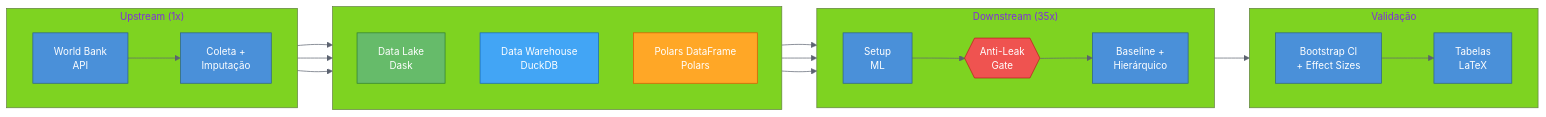
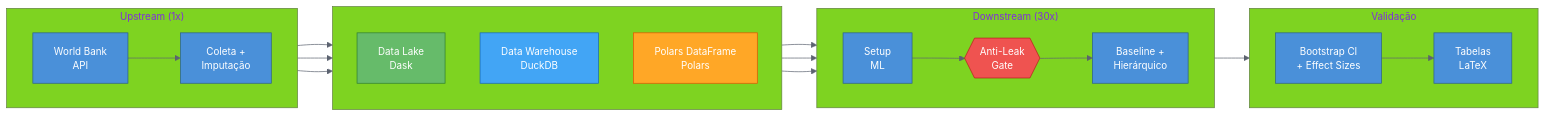
The first of 5 diagrams in README.md (DATA-UFMS/rampart-framework), drawn with Mermaid before and after one commit. The commit also changed other lines of this file, not shown here.

````diff
--- a/README.md
+++ b/README.md
@@ -5,52 +5,52 @@
 ```mermaid
 ---
 config:
   theme: base
   themeVariables:
     primaryColor: "#4a90d9"
     primaryTextColor: "#fff"
     primaryBorderColor: "#2c5f8a"
     secondaryColor: "#f5a623"
     tertiaryColor: "#7ed321"
     lineColor: "#5c6370"
     fontSize: "14px"
 ---
 flowchart LR
     subgraph upstream ["Upstream (1x)"]
         direction LR
         A["World Bank\nAPI"]
         B["Coleta +\nImputação"]
         A --> B
     end
 
     subgraph fork [" "]
         direction TB
         DL["Data Lake\n Dask "]:::dask
         DW["Data Warehouse\n DuckDB "]:::duck
         PL["Polars DataFrame\n Polars "]:::polars
     end
 
-    subgraph downstream ["Downstream (35x)"]
+    subgraph downstream ["Downstream (30x)"]
         direction LR
         S["Setup\nML"]
         G{{"Anti-Leak\nGate"}}:::gate
         M["Baseline +\nHierárquico"]
         S --> G --> M
     end
 
     subgraph val ["Validação"]
         direction LR
         V["Bootstrap CI\n+ Effect Sizes"]
         T["Tabelas\nLaTeX"]
         V --> T
     end
 
     B --> DL & DW & PL
     DL & DW & PL --> S
     M --> V
 
     classDef dask fill:#66bb6a,stroke:#2e7d32,color:#fff
     classDef duck fill:#42a5f5,stroke:#1565c0,color:#fff
     classDef polars fill:#ffa726,stroke:#e65100,color:#fff
     classDef gate fill:#ef5350,stroke:#b71c1c,color:#fff
 ```
````
